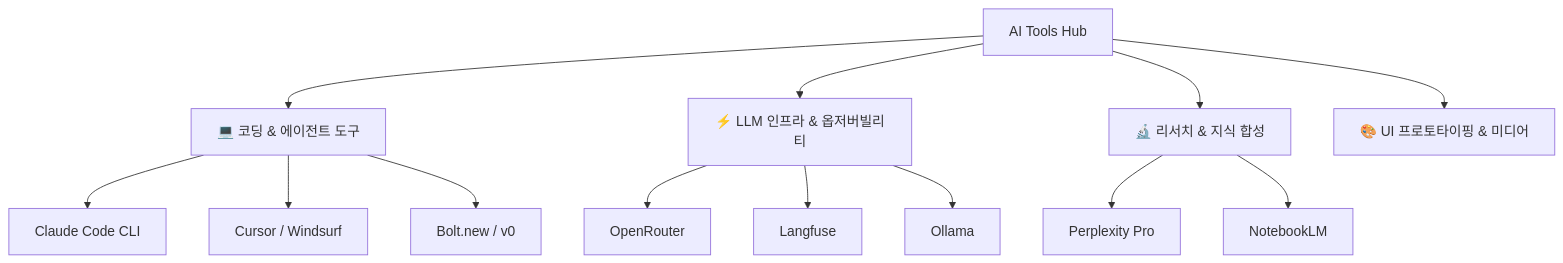
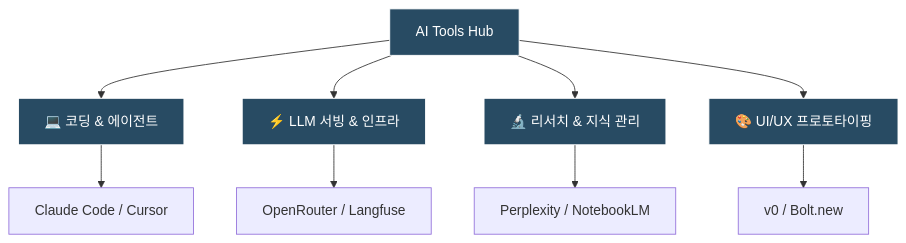
The diagram in content/ai-tools/index.md (l-yoon/archive), drawn with Mermaid before and after one commit. The commit also changed other lines of this file and 17 other files, not shown here.

````diff
--- a/content/ai-tools/index.md
+++ b/content/ai-tools/index.md
@@ -17,18 +16,15 @@
 ```mermaid
 graph TD
-    Tools[AI Tools Hub] --> Coding[💻 코딩 & 에이전트 도구]
-    Tools --> Infra[⚡ LLM 인프라 & 옵저버빌리티]
-    Tools --> Research[🔬 리서치 & 지식 합성]
-    Tools --> Media[🎨 UI 프로토타이핑 & 미디어]
+    Tools[AI Tools Hub] --> Coding[💻 코딩 & 에이전트]
+    Tools --> Infra[⚡ LLM 서빙 & 인프라]
+    Tools --> Research[🔬 리서치 & 지식 관리]
+    Tools --> Prototyping[🎨 UI/UX 프로토타이핑]
 
-    Coding --> C1[Claude Code CLI]
-    Coding --> C2[Cursor / Windsurf]
-    Coding --> C3[Bolt.new / v0]
+    Coding --> C1[Claude Code / Cursor]
+    Infra --> I1[OpenRouter / Langfuse]
+    Research --> R1[Perplexity / NotebookLM]
+    Prototyping --> P1[v0 / Bolt.new]
 
-    Infra --> I1[OpenRouter]
-    Infra --> I2[Langfuse]
-    Infra --> I3[Ollama]
-
-    Research --> R1[Perplexity Pro]
-    Research --> R2[NotebookLM]
+    classDef tool fill:#284b63,stroke:#fff,stroke-width:1px,color:#fff;
+    class Tools,Coding,Infra,Research,Prototyping tool;
 ```
````
